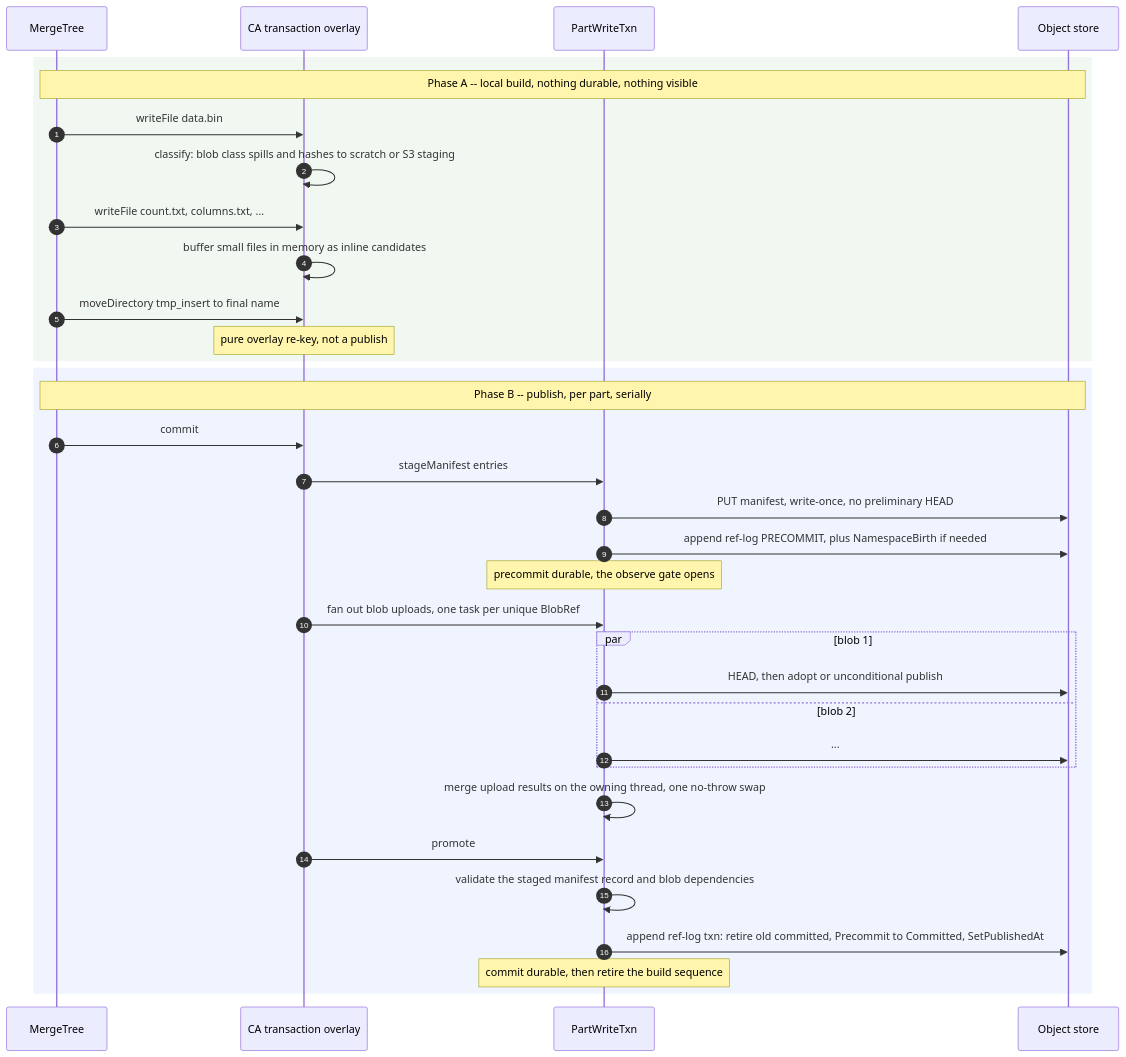
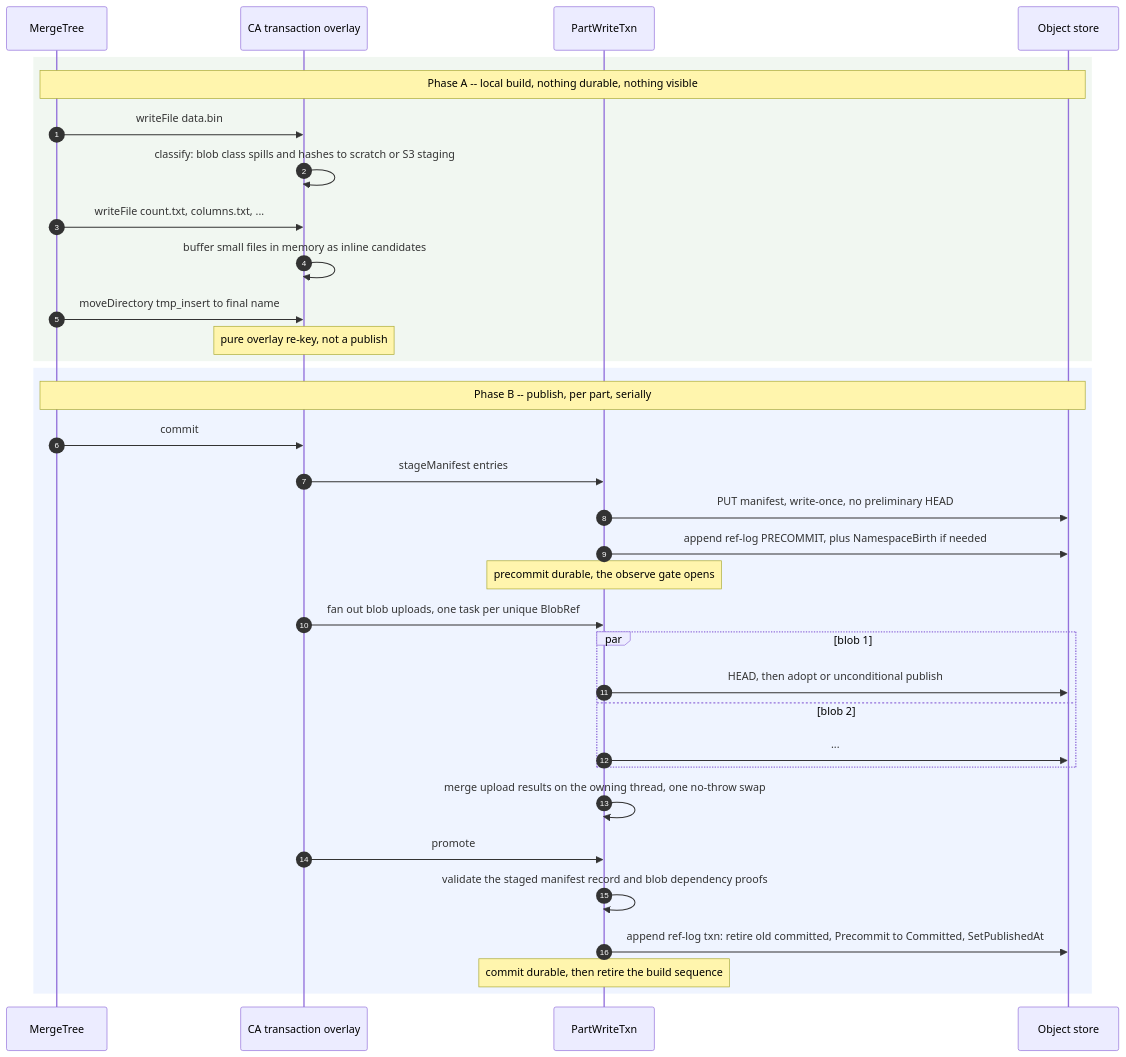
Before and after one commit to Altinity/ClickHouse: the diagram in docs/en/antalya/cas/architecture/part-lifecycle.md, drawn with Mermaid. The commit also changed other lines of this file and 3 other files, not shown here.

````diff
--- a/docs/en/antalya/cas/architecture/part-lifecycle.md
+++ b/docs/en/antalya/cas/architecture/part-lifecycle.md
@@ -23,38 +23,38 @@
 ```mermaid
 sequenceDiagram
     autonumber
     participant MT as MergeTree
     participant TX as CA transaction overlay
     participant PW as PartWriteTxn
     participant S3 as Object store
 
     rect rgba(140,190,140,0.12)
     Note over MT,S3: Phase A -- local build, nothing durable, nothing visible
     MT->>TX: writeFile data.bin
     TX->>TX: classify: blob class spills and hashes to scratch or S3 staging
     MT->>TX: writeFile count.txt, columns.txt, ...
     TX->>TX: buffer small files in memory as inline candidates
     MT->>TX: moveDirectory tmp_insert to final name
     Note over TX: pure overlay re-key, not a publish
     end
 
     rect rgba(120,160,255,0.12)
     Note over MT,S3: Phase B -- publish, per part, serially
     MT->>TX: commit
     TX->>PW: stageManifest entries
     PW->>S3: PUT manifest, write-once, no preliminary HEAD
     PW->>S3: append ref-log PRECOMMIT, plus NamespaceBirth if needed
     Note over PW: precommit durable, the observe gate opens
     TX->>PW: fan out blob uploads, one task per unique BlobRef
     par blob 1
         PW->>S3: HEAD, then adopt or unconditional publish
     and blob 2
         PW->>S3: ...
     end
     PW->>PW: merge upload results on the owning thread, one no-throw swap
     TX->>PW: promote
-    PW->>PW: validate the staged manifest record and blob dependencies
+    PW->>PW: validate the staged manifest record and blob dependency proofs
     PW->>S3: append ref-log txn: retire old committed, Precommit to Committed, SetPublishedAt
     Note over PW: commit durable, then retire the build sequence
     end
 ```
````
